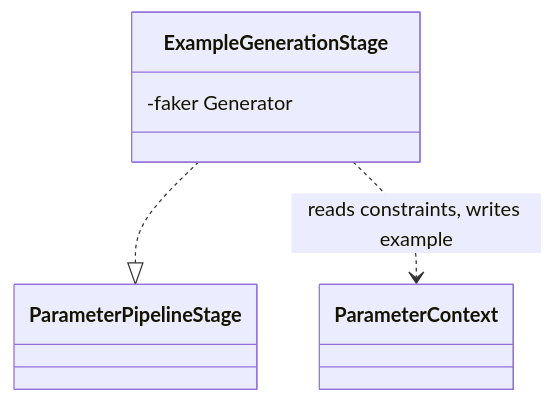
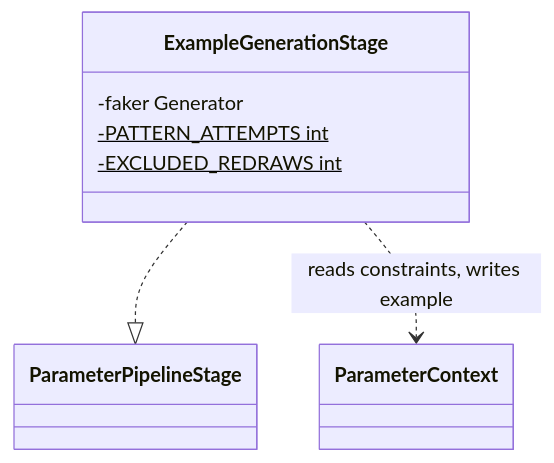
Before and after one commit to abrhadev/laravel-data-docs: the diagram in spdd/prompt/LDD-202609260836-[Canvas]-pipeline-example-generation.md, drawn with Mermaid. The commit also changed other lines of this file and 151 other files, not shown here.

````diff
--- a/spdd/prompt/LDD-202609260836-[Canvas]-pipeline-example-generation.md
+++ b/spdd/prompt/LDD-202609260836-[Canvas]-pipeline-example-generation.md
@@ -15,8 +16,10 @@
 ```mermaid
 classDiagram
     class ExampleGenerationStage {
         -faker Generator
+        -PATTERN_ATTEMPTS int$
+        -EXCLUDED_REDRAWS int$
     }
     ExampleGenerationStage ..|> ParameterPipelineStage
     ExampleGenerationStage ..> ParameterContext : reads constraints, writes example
 ```
````
